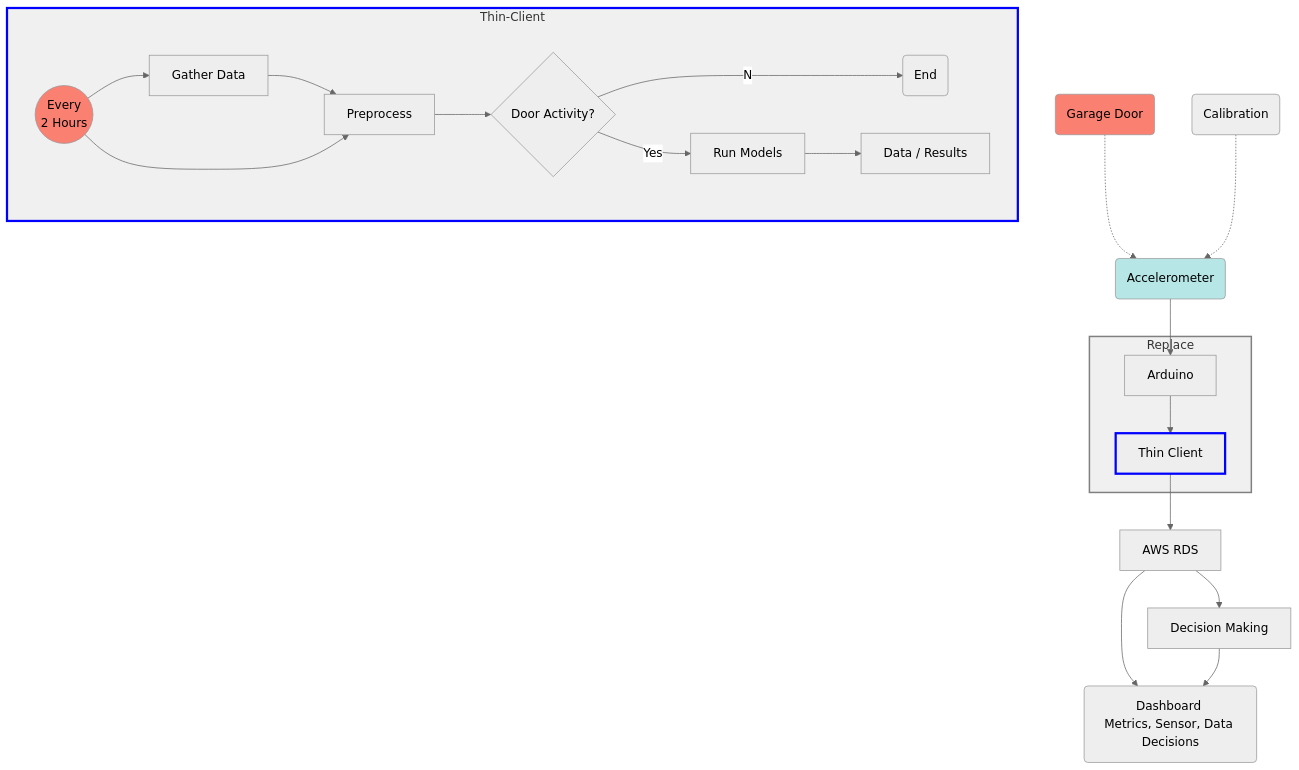
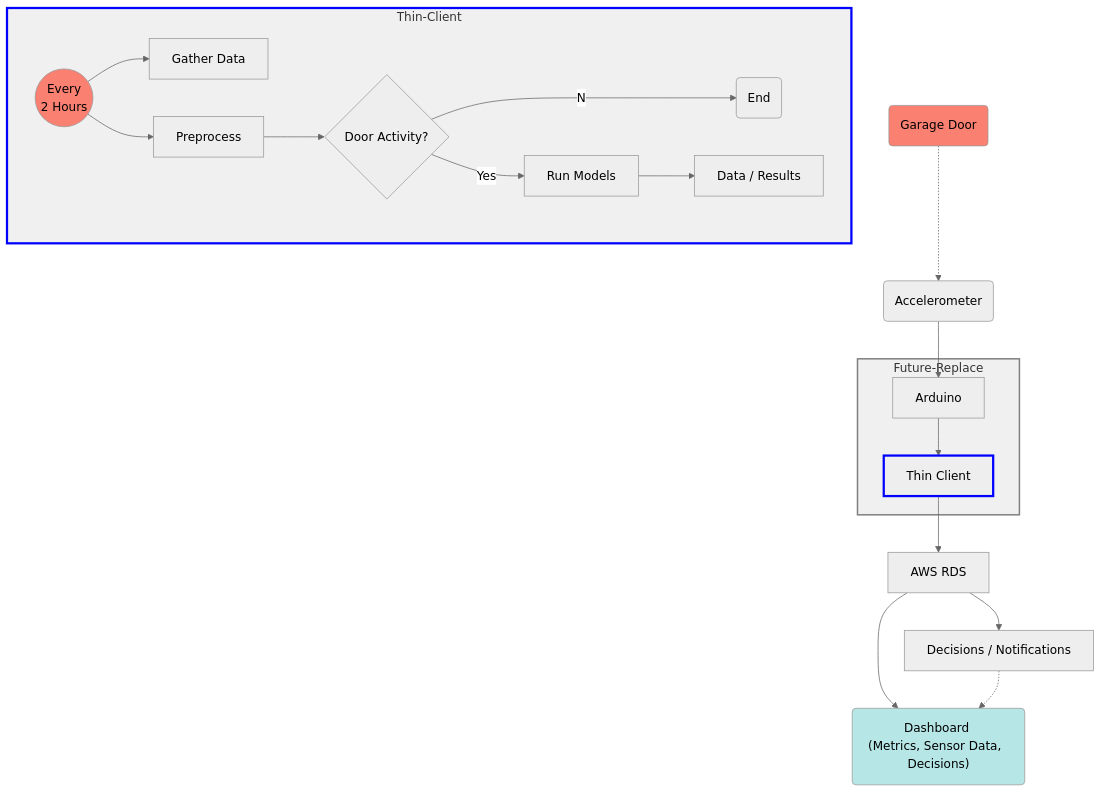
One commit to chrisdissanayake/garage_phm changed the diagram in documentation/index.qmd. Above: the diagram before and after it, drawn with Mermaid (neutral theme). The commit also changed other lines of this file and 74 other files, not shown here.

````diff
--- a/documentation/index.qmd
+++ b/documentation/index.qmd
@@ -21,32 +21,30 @@
 ```{mermaid}
 graph TB
 A(Accelerometer)-->AA 
 
-subgraph Replace
+subgraph Future-Replace
 AA[Arduino]-->E[Thin Client]
-style Replace fill:#f0f0f0,stroke:grey,stroke-width:2px
+style Future-Replace fill:#f0f0f0,stroke:grey,stroke-width:2px
 end
 
 E-->F[AWS RDS]
-F-->G(Dashboard </br>Metrics, Sensor, Data Decisions)
-F-->H[Decision Making]
-H-->G
+F-->FF[Decisions / Notifications]
+F-->G("Dashboard </br>(Metrics, Sensor Data,  Decisions)")
+FF-.->G
 GD(Garage Door) -.-> A
-M(Calibration) -.-> A
-style A fill:#B6E6E6
+style G fill:#B6E6E6
 style GD fill:salmon 
 style E stroke:blue,stroke-width:3px
 
 subgraph Thin-Client
 BB((Every </br> 2 Hours))-->CA[Gather Data]
-CA-->CAA
 BB-->CAA[Preprocess]
 CAA-->CAAB{Door Activity?}
 CAAB--Yes-->CBB[Run Models]
 CAAB--No-->CAAC(End)
 CBB-->CB[Data / Results]
 style BB fill:salmon 
 style Thin-Client fill:#f0f0f0,stroke:blue,stroke-width:3px
 end
 
 ```
````
